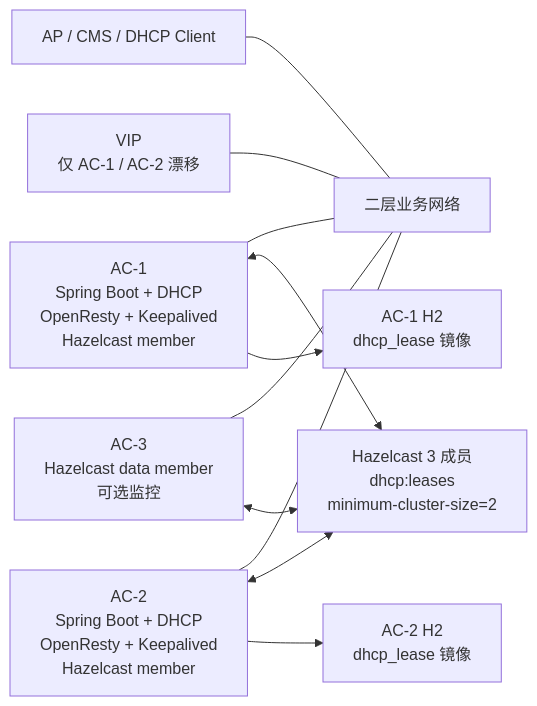
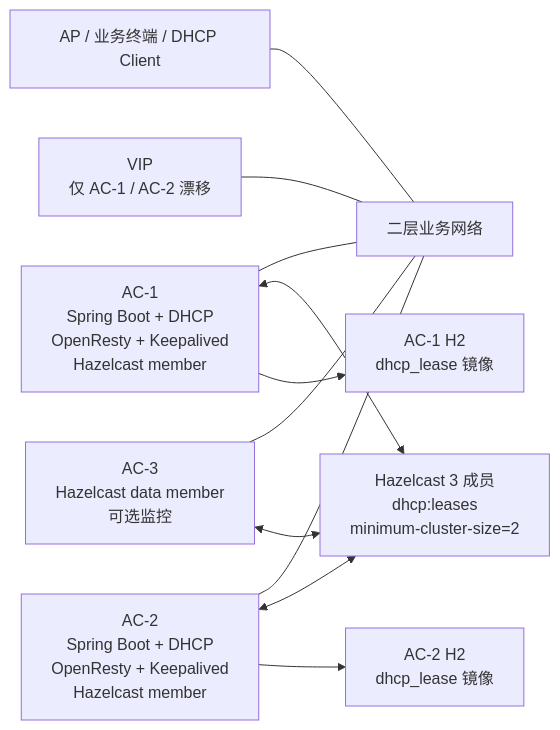
Before and after one commit to VieLune/ha-dhcp: the first of 2 diagrams in doc/02-概要设计.md, drawn with Mermaid. The commit also changed other lines of this file and 6 other files, not shown here.

````diff
--- a/doc/02-概要设计.md
+++ b/doc/02-概要设计.md
@@ -11,17 +11,17 @@
 ```mermaid
 flowchart LR
-  DEV["AP / CMS / DHCP Client"] --- LAN["二层业务网络"]
+  DEV["AP / 业务终端 / DHCP Client"] --- LAN["二层业务网络"]
 
   AC1["AC-1<br/>Spring Boot + DHCP<br/>OpenResty + Keepalived<br/>Hazelcast member"] --- LAN
   AC2["AC-2<br/>Spring Boot + DHCP<br/>OpenResty + Keepalived<br/>Hazelcast member"] --- LAN
   AC3["AC-3<br/>Hazelcast data member<br/>可选监控"] --- LAN
 
   VIP["VIP<br/>仅 AC-1 / AC-2 漂移"] --- LAN
 
   AC1 <--> HZ["Hazelcast 3 成员<br/>dhcp:leases<br/>minimum-cluster-size=2"]
   AC2 <--> HZ
   AC3 <--> HZ
 
   AC1 --> DB1["AC-1 H2<br/>dhcp_lease 镜像"]
   AC2 --> DB2["AC-2 H2<br/>dhcp_lease 镜像"]
 ```
````
